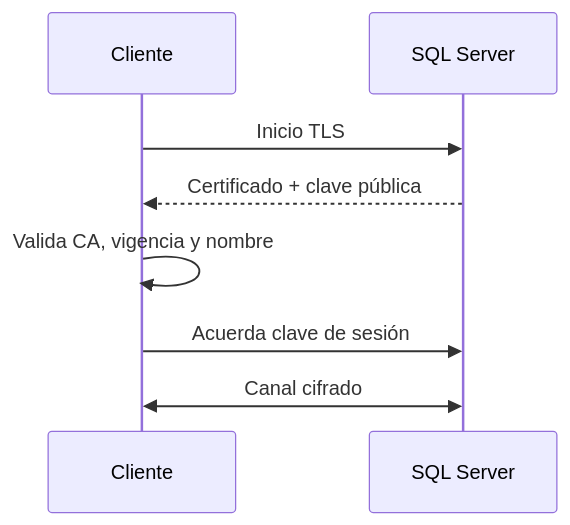
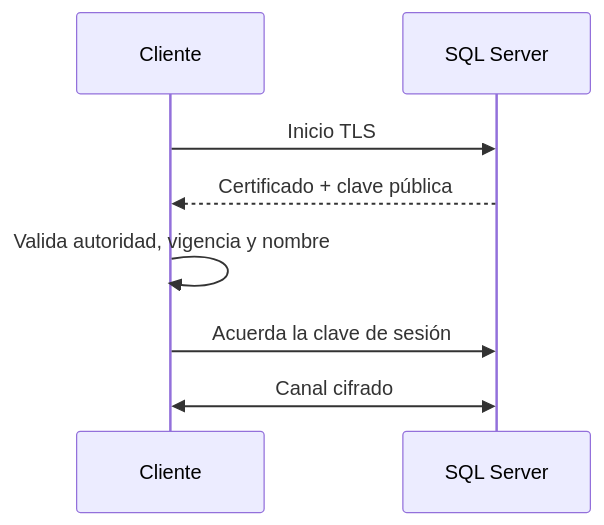
One commit to unlam-informatica/unlam-informatica.github.io changed the third of 3 diagrams in src/content/docs/bbdd-aplicadas/unidad-5/teoria/cifrado.md. Above: the diagram before and after it, drawn with Mermaid. The commit also changed other lines of this file and 100 other files, not shown here.

````diff
--- a/src/content/docs/bbdd-aplicadas/unidad-5/teoria/cifrado.md
+++ b/src/content/docs/bbdd-aplicadas/unidad-5/teoria/cifrado.md
@@ -131,10 +239,10 @@
 ```mermaid
 sequenceDiagram
     participant C as Cliente
     participant S as SQL Server
     C->>S: Inicio TLS
     S-->>C: Certificado + clave pública
-    C->>C: Valida CA, vigencia y nombre
-    C->>S: Acuerda clave de sesión
+    C->>C: Valida autoridad, vigencia y nombre
+    C->>S: Acuerda la clave de sesión
     C<<->>S: Canal cifrado
 ```
````
